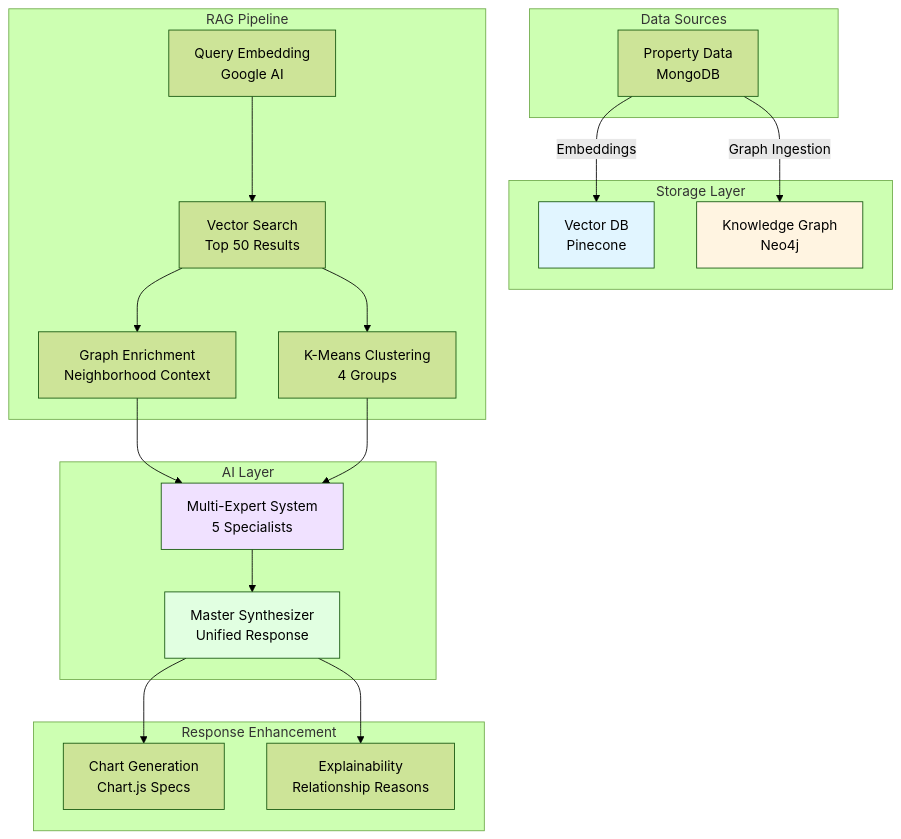
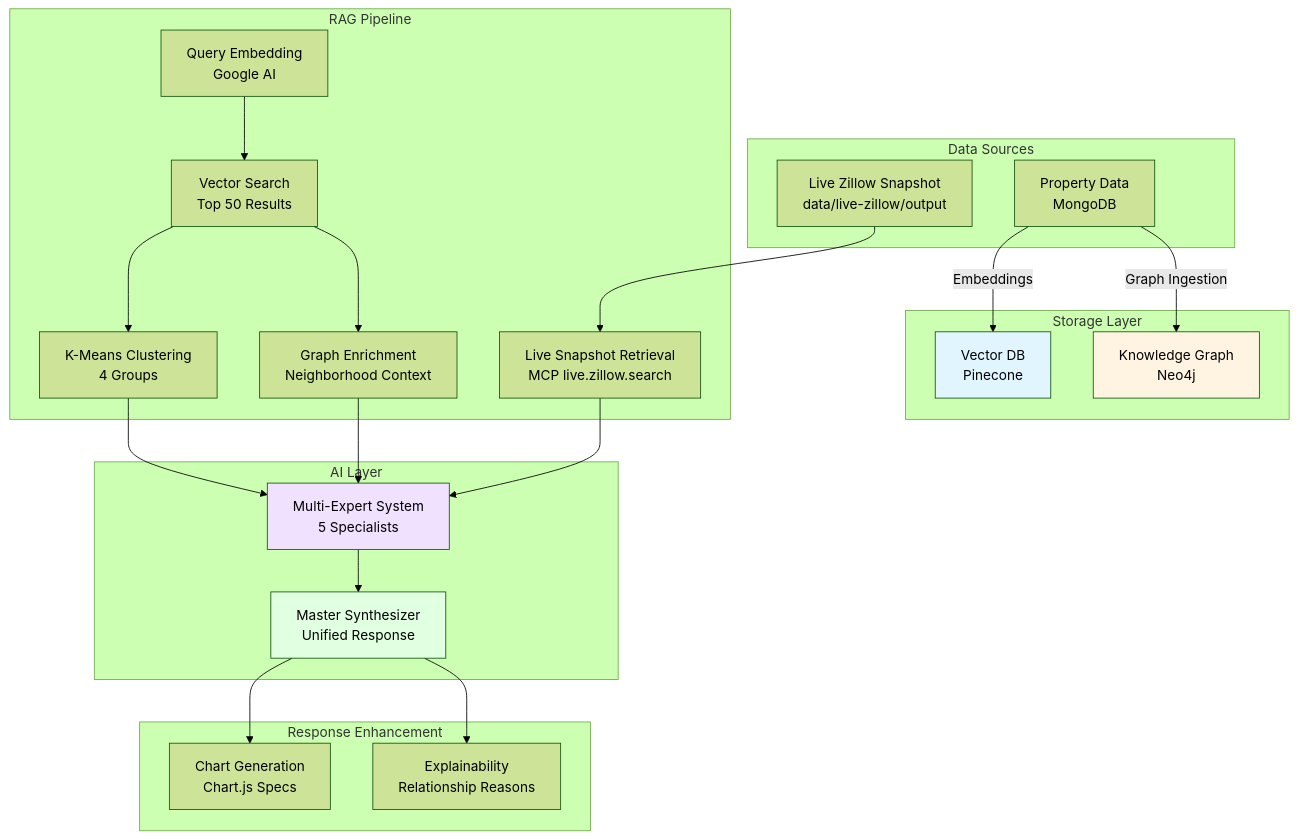
The first of 31 diagrams in RAG_SYSTEM.md (hoangsonww/EstateWise-Chapel-Hill-Chatbot), drawn with Mermaid (forest theme) before and after one commit. The commit also changed other lines of this file and 68 other files, not shown here.

First line of the commit message:
feat(live-data): add live Zillow snapshot search/status API, agent tool, and policy integration

````diff
--- a/RAG_SYSTEM.md
+++ b/RAG_SYSTEM.md
@@ -48,44 +51,48 @@
 ```mermaid
 graph TB
     subgraph "Data Sources"
         A[Property Data<br/>MongoDB]
+        L[Live Zillow Snapshot<br/>data/live-zillow/output]
     end
-    
+
     subgraph "Storage Layer"
         B[Vector DB<br/>Pinecone]
         C[Knowledge Graph<br/>Neo4j]
     end
-    
+
     subgraph "RAG Pipeline"
         D[Query Embedding<br/>Google AI]
         E[Vector Search<br/>Top 50 Results]
         F[Graph Enrichment<br/>Neighborhood Context]
         G[K-Means Clustering<br/>4 Groups]
+        X[Live Snapshot Retrieval<br/>MCP live.zillow.search]
     end
-    
+
     subgraph "AI Layer"
         H[Multi-Expert System<br/>5 Specialists]
         I[Master Synthesizer<br/>Unified Response]
     end
-    
+
     subgraph "Response Enhancement"
         J[Chart Generation<br/>Chart.js Specs]
         K[Explainability<br/>Relationship Reasons]
     end
-    
+
     A -->|Embeddings| B
     A -->|Graph Ingestion| C
     D --> E
     E --> F
     E --> G
+    L --> X
+    X --> H
     F --> H
     G --> H
     H --> I
     I --> J
     I --> K
-    
+
     style B fill:#e1f5ff,color:#000
     style C fill:#fff4e1,color:#000
     style H fill:#f0e1ff,color:#000
     style I fill:#e1ffe1,color:#000
 ```
````
